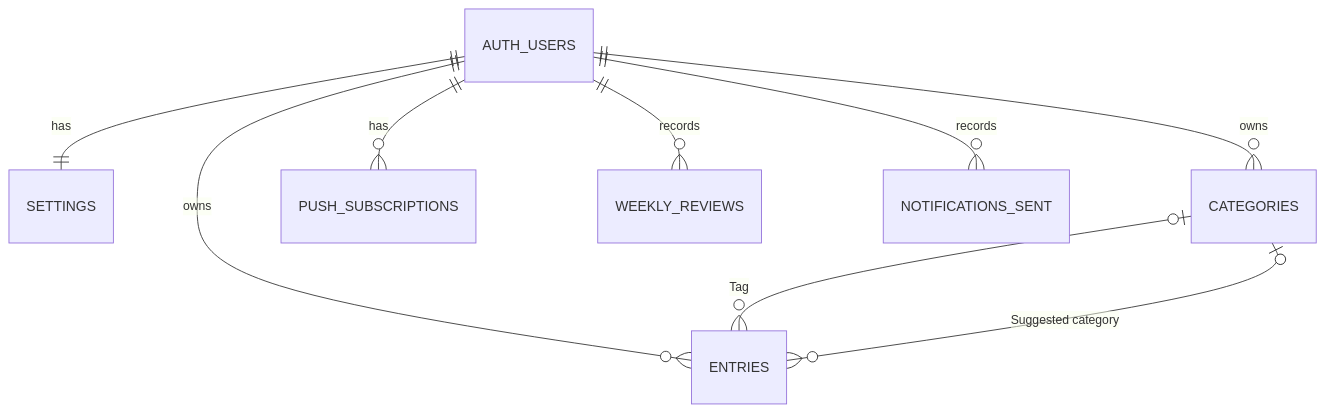
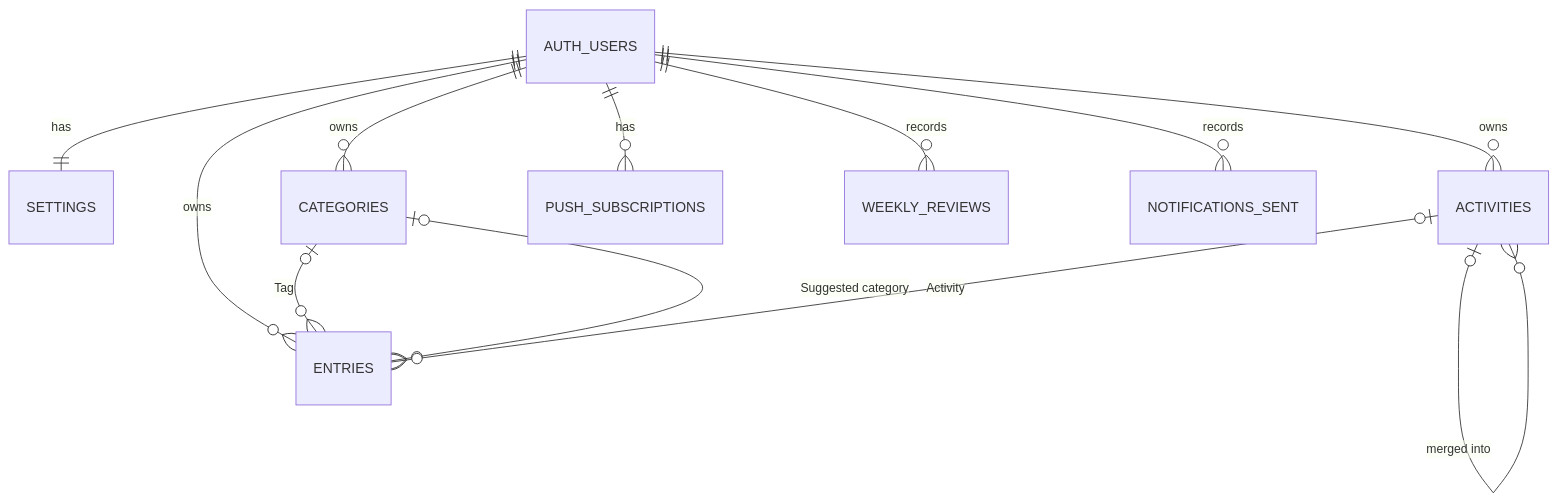
Before and after one commit to bachtly/daily-kaizen: the diagram in docs/design/2026-11-06-mvp/03-data-model.md, drawn with Mermaid. The commit also changed other lines of this file and 5 other files, not shown here.

````diff
--- a/docs/design/2026-11-06-mvp/03-data-model.md
+++ b/docs/design/2026-11-06-mvp/03-data-model.md
@@ -24,11 +25,14 @@
 ```mermaid
 erDiagram
   AUTH_USERS ||--|| SETTINGS : has
   AUTH_USERS ||--o{ CATEGORIES : owns
   AUTH_USERS ||--o{ ENTRIES : owns
+  AUTH_USERS ||--o{ ACTIVITIES : owns
   AUTH_USERS ||--o{ PUSH_SUBSCRIPTIONS : has
   AUTH_USERS ||--o{ WEEKLY_REVIEWS : records
   AUTH_USERS ||--o{ NOTIFICATIONS_SENT : records
   CATEGORIES |o--o{ ENTRIES : "Tag"
   CATEGORIES |o--o{ ENTRIES : "Suggested category"
+  ACTIVITIES |o--o{ ENTRIES : "Activity"
+  ACTIVITIES |o--o{ ACTIVITIES : "merged into"
 ```
````
